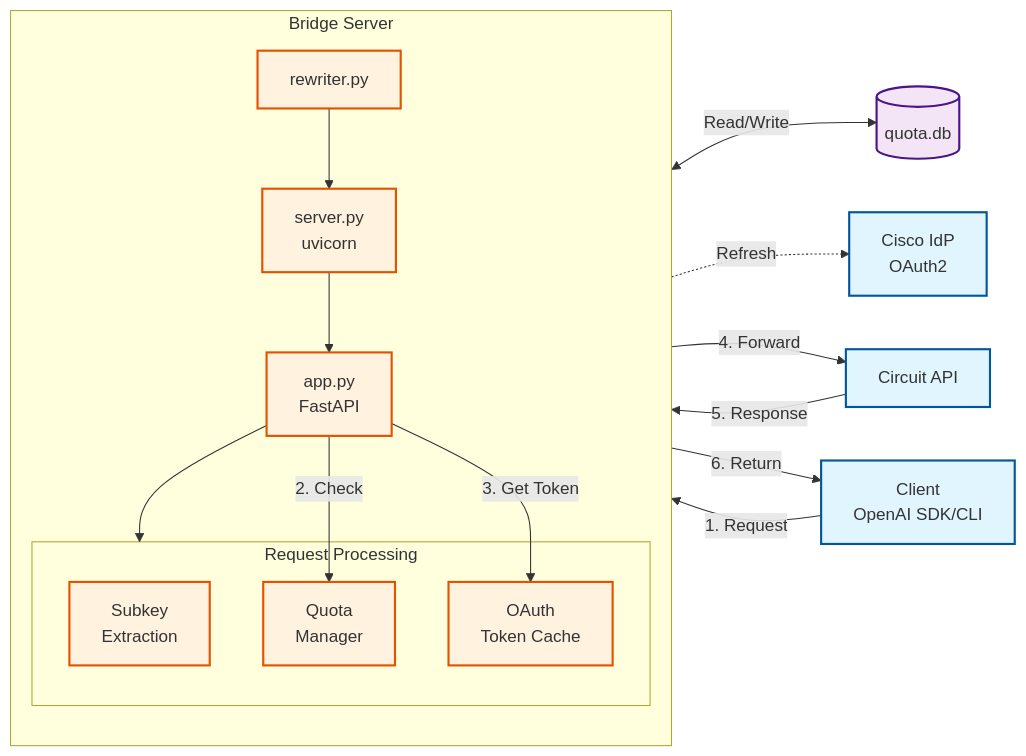
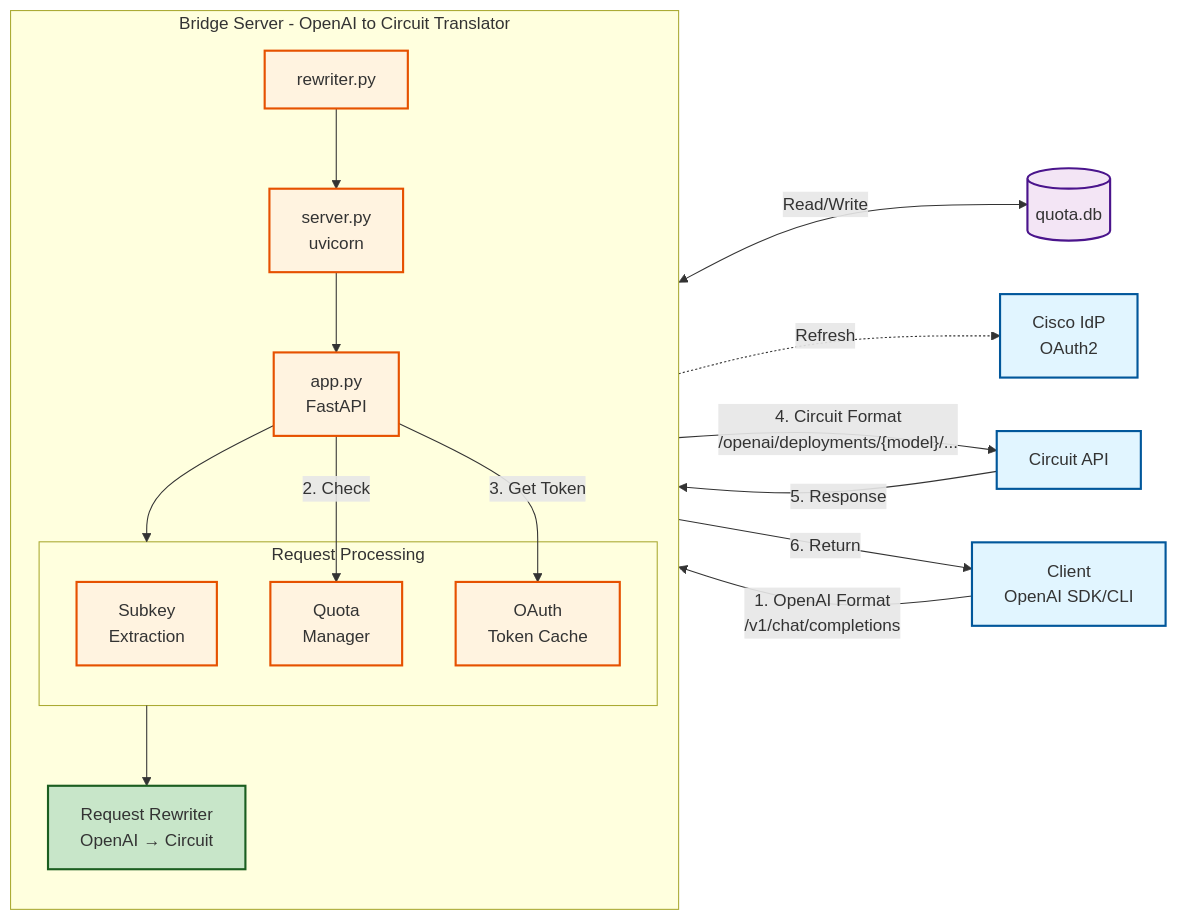
The diagram in ARCHITECTURE.md (dconnett-splunk/oai-to-circuit), drawn with Mermaid before and after one commit. The commit also changed other lines of this file, not shown here.

First line of the commit message:
Update architecture doc with OpenAI to Circuit translation details

````diff
--- a/ARCHITECTURE.md
+++ b/ARCHITECTURE.md
@@ -15,41 +19,46 @@
 ```mermaid
 flowchart LR
     Client[Client<br/>OpenAI SDK/CLI]
     
-    subgraph Bridge["Bridge Server"]
+    subgraph Bridge["Bridge Server - OpenAI to Circuit Translator"]
         direction TB
         Entry[rewriter.py]
         Server[server.py<br/>uvicorn]
         App[app.py<br/>FastAPI]
         
         subgraph Processing["Request Processing"]
             Subkey[Subkey<br/>Extraction]
             Quota[Quota<br/>Manager]
             OAuth[OAuth<br/>Token Cache]
         end
         
+        Rewriter[Request Rewriter<br/>OpenAI → Circuit]
+        
         Entry --> Server --> App
         App --> Processing
+        Processing --> Rewriter
     end
     
     QuotaDB[(quota.db)]
     IdP[Cisco IdP<br/>OAuth2]
     Circuit[Circuit API]
     
-    Client -->|1. Request| App
+    Client -->|"1. OpenAI Format<br/>/v1/chat/completions"| App
     App -->|2. Check| Quota
     Quota <-->|Read/Write| QuotaDB
     App -->|3. Get Token| OAuth
     OAuth -.->|Refresh| IdP
-    App -->|4. Forward| Circuit
+    Rewriter -->|"4. Circuit Format<br/>/openai/deployments/{model}/..."| Circuit
     Circuit -->|5. Response| App
     App -->|6. Return| Client
     
     classDef external fill:#e1f5ff,stroke:#01579b,stroke-width:2px
     classDef internal fill:#fff3e0,stroke:#e65100,stroke-width:2px
+    classDef transform fill:#c8e6c9,stroke:#1b5e20,stroke-width:2px
     classDef data fill:#f3e5f5,stroke:#4a148c,stroke-width:2px
     
     class Client,IdP,Circuit external
     class Entry,Server,App,Subkey,Quota,OAuth internal
+    class Rewriter transform
     class QuotaDB data
 ```
````
